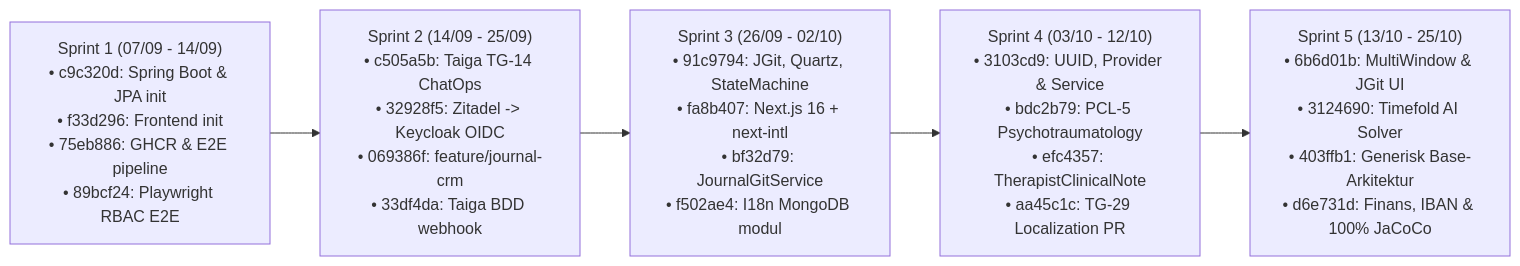
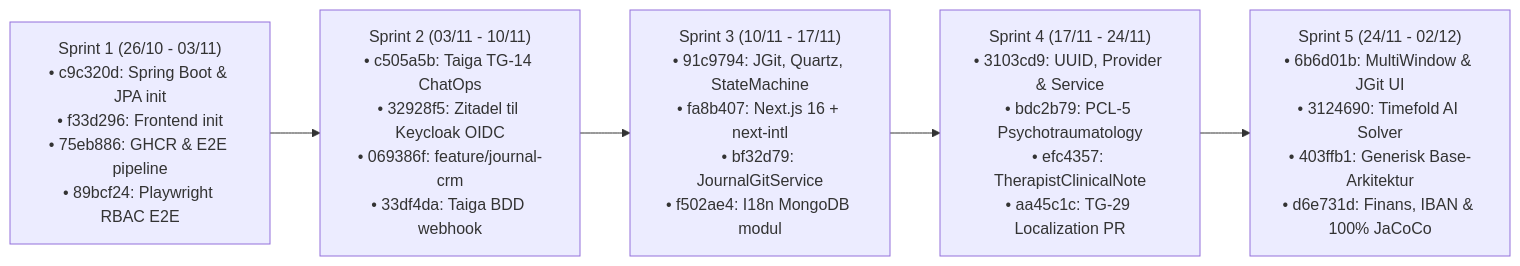
Before and after one commit to 7-3-N-3-7/api: the first of 24 diagrams in HOVEDOPGAVE_DIAGRAMMER.md, drawn with Mermaid. The commit also changed other lines of this file and 53 other files, not shown here.

Commit message:
fix(thesis): ret fejl fra rapport-audit, synkroniser diagrammer og opdater overleaf-export

````diff
--- a/HOVEDOPGAVE_DIAGRAMMER.md
+++ b/HOVEDOPGAVE_DIAGRAMMER.md
@@ -37,10 +37,10 @@
 ```mermaid
 flowchart LR
-    S1["Sprint 1 (07/09 - 14/09)\n• c9c320d: Spring Boot & JPA init\n• f33d296: Frontend init\n• 75eb886: GHCR & E2E pipeline\n• 89bcf24: Playwright RBAC E2E"]
-    S2["Sprint 2 (14/09 - 25/09)\n• c505a5b: Taiga TG-14 ChatOps\n• 32928f5: Zitadel -> Keycloak OIDC\n• 069386f: feature/journal-crm\n• 33df4da: Taiga BDD webhook"]
-    S3["Sprint 3 (26/09 - 02/10)\n• 91c9794: JGit, Quartz, StateMachine\n• fa8b407: Next.js 16 + next-intl\n• bf32d79: JournalGitService\n• f502ae4: I18n MongoDB modul"]
-    S4["Sprint 4 (03/10 - 12/10)\n• 3103cd9: UUID, Provider & Service\n• bdc2b79: PCL-5 Psychotraumatology\n• efc4357: TherapistClinicalNote\n• aa45c1c: TG-29 Localization PR"]
-    S5["Sprint 5 (13/10 - 25/10)\n• 6b6d01b: MultiWindow & JGit UI\n• 3124690: Timefold AI Solver\n• 403ffb1: Generisk Base-Arkitektur\n• d6e731d: Finans, IBAN & 100% JaCoCo"]
+    S1["Sprint 1 (26/10 - 03/11)\n• c9c320d: Spring Boot & JPA init\n• f33d296: Frontend init\n• 75eb886: GHCR & E2E pipeline\n• 89bcf24: Playwright RBAC E2E"]
+    S2["Sprint 2 (03/11 - 10/11)\n• c505a5b: Taiga TG-14 ChatOps\n• 32928f5: Zitadel til Keycloak OIDC\n• 069386f: feature/journal-crm\n• 33df4da: Taiga BDD webhook"]
+    S3["Sprint 3 (10/11 - 17/11)\n• 91c9794: JGit, Quartz, StateMachine\n• fa8b407: Next.js 16 + next-intl\n• bf32d79: JournalGitService\n• f502ae4: I18n MongoDB modul"]
+    S4["Sprint 4 (17/11 - 24/11)\n• 3103cd9: UUID, Provider & Service\n• bdc2b79: PCL-5 Psychotraumatology\n• efc4357: TherapistClinicalNote\n• aa45c1c: TG-29 Localization PR"]
+    S5["Sprint 5 (24/11 - 02/12)\n• 6b6d01b: MultiWindow & JGit UI\n• 3124690: Timefold AI Solver\n• 403ffb1: Generisk Base-Arkitektur\n• d6e731d: Finans, IBAN & 100% JaCoCo"]
 
     S1 --> S2 --> S3 --> S4 --> S5
 ```
````
